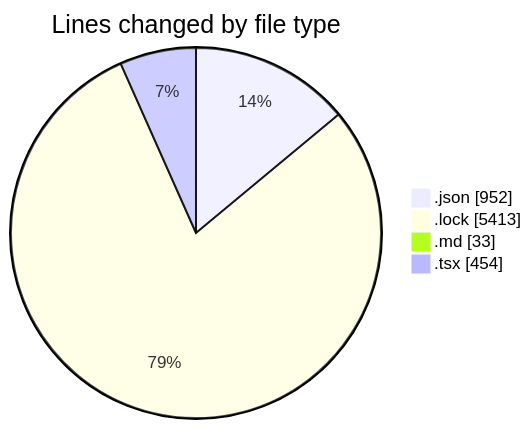
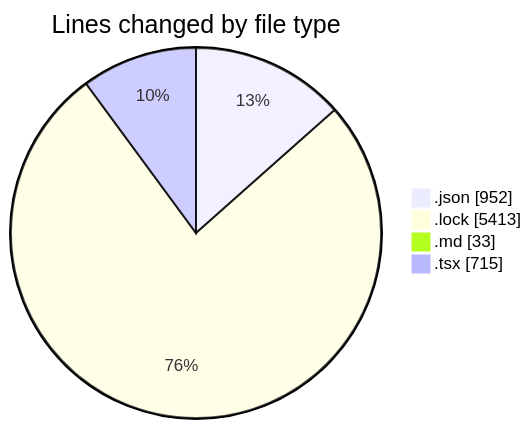
Before and after one commit to EIIisD/code-tracking: the first of 2 diagrams in 2025-08-11/ribbon/README.md, drawn with Mermaid. The commit also changed other lines of this file and 1 other file, not shown here.

````diff
--- a/2025-08-11/ribbon/README.md
+++ b/2025-08-11/ribbon/README.md
@@ -30,8 +34,8 @@
 ```mermaid
 pie showData
 title Lines changed by file type
 ".json" : 952
 ".lock" : 5413
 ".md" : 33
-".tsx" : 454
+".tsx" : 715
 ```
````
